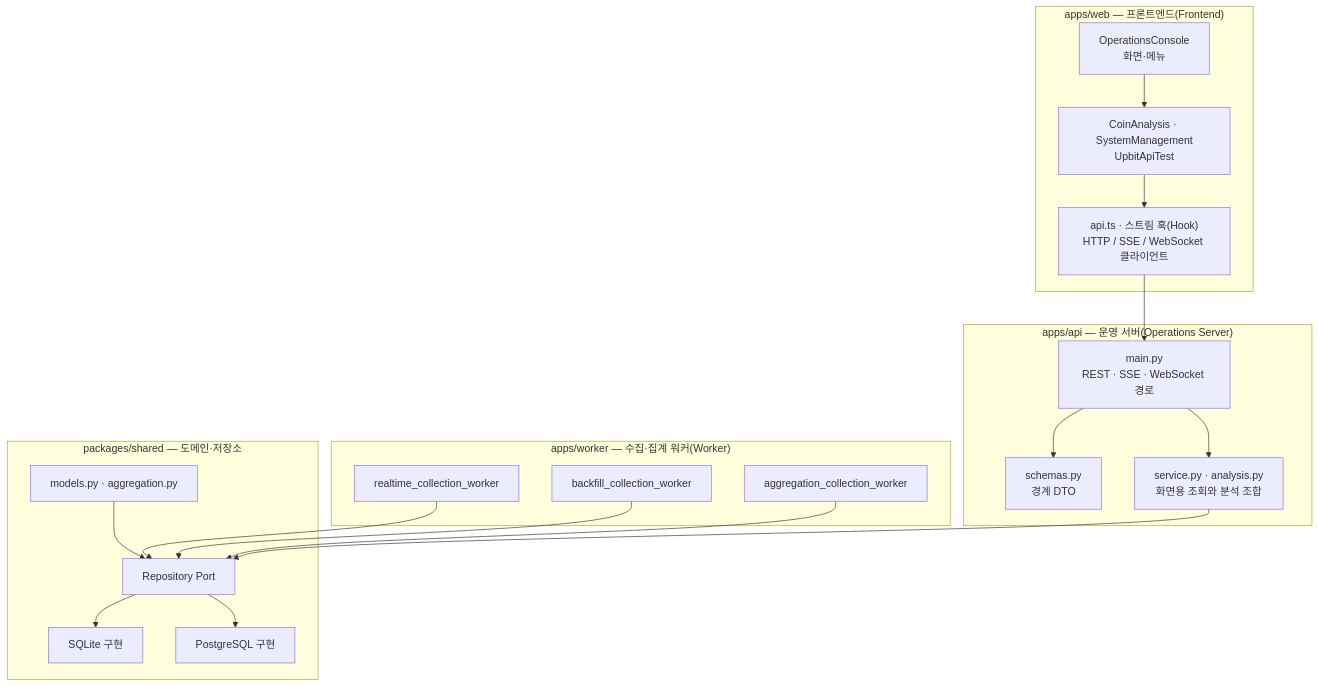
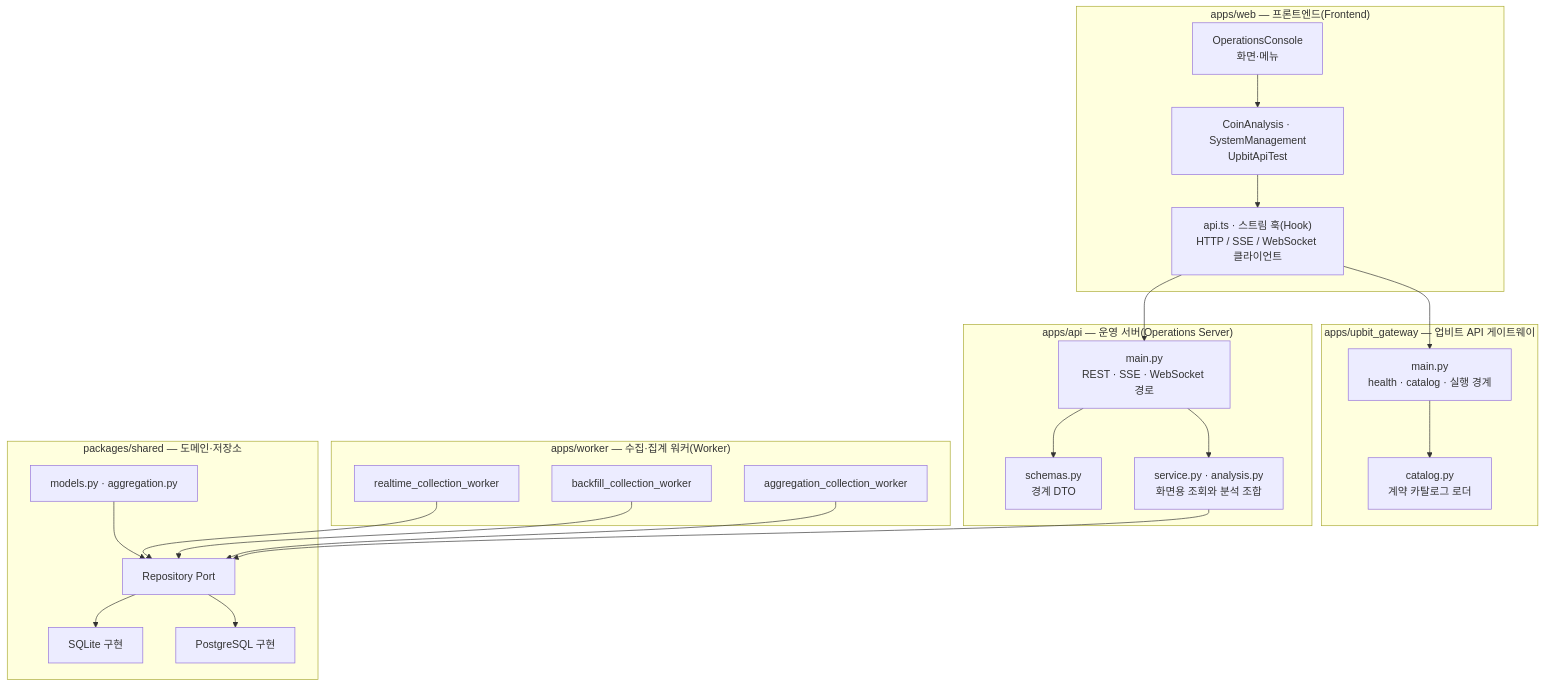
Before and after one commit to goodjoon-company/goodmoneying: the second of 4 diagrams in docs/02_Architecture.md, drawn with Mermaid. The commit also changed other lines of this file and 20 other files, not shown here.

Commit message:
업비트 API 게이트웨이 계약과 골격을 추가한다

````diff
--- a/docs/02_Architecture.md
+++ b/docs/02_Architecture.md
@@ -56,40 +59,47 @@
 ```mermaid
 flowchart TB
     subgraph frontend["apps/web — 프론트엔드(Frontend)"]
         console["OperationsConsole<br/>화면·메뉴"]
         client["api.ts · 스트림 훅(Hook)<br/>HTTP / SSE / WebSocket 클라이언트"]
         analysisUi["CoinAnalysis · SystemManagement<br/>UpbitApiTest"]
         console --> analysisUi
         analysisUi --> client
     end
 
     subgraph apiApp["apps/api — 운영 서버(Operations Server)"]
         routes["main.py<br/>REST · SSE · WebSocket 경로"]
         service["service.py · analysis.py<br/>화면용 조회와 분석 조합"]
         schemas["schemas.py<br/>경계 DTO"]
         routes --> schemas
         routes --> service
+    end
+
+    subgraph upbitGateway["apps/upbit_gateway — 업비트 API 게이트웨이"]
+        gatewayRoutes["main.py<br/>health · catalog · 실행 경계"]
+        gatewayCatalog["catalog.py<br/>계약 카탈로그 로더"]
+        gatewayRoutes --> gatewayCatalog
     end
 
     subgraph workers["apps/worker — 수집·집계 워커(Worker)"]
         rt["realtime_collection_worker"]
         bf["backfill_collection_worker"]
         ag["aggregation_collection_worker"]
     end
 
     subgraph shared["packages/shared — 도메인·저장소"]
         model["models.py · aggregation.py"]
         repo["Repository Port"]
         sqlite["SQLite 구현"]
         postgres["PostgreSQL 구현"]
         model --> repo
         repo --> sqlite
         repo --> postgres
     end
 
     client --> routes
+    client --> gatewayRoutes
     service --> repo
     rt --> repo
     bf --> repo
     ag --> repo
 ```
````
